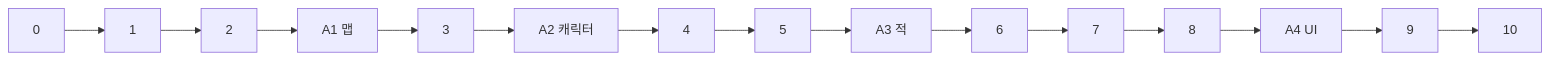
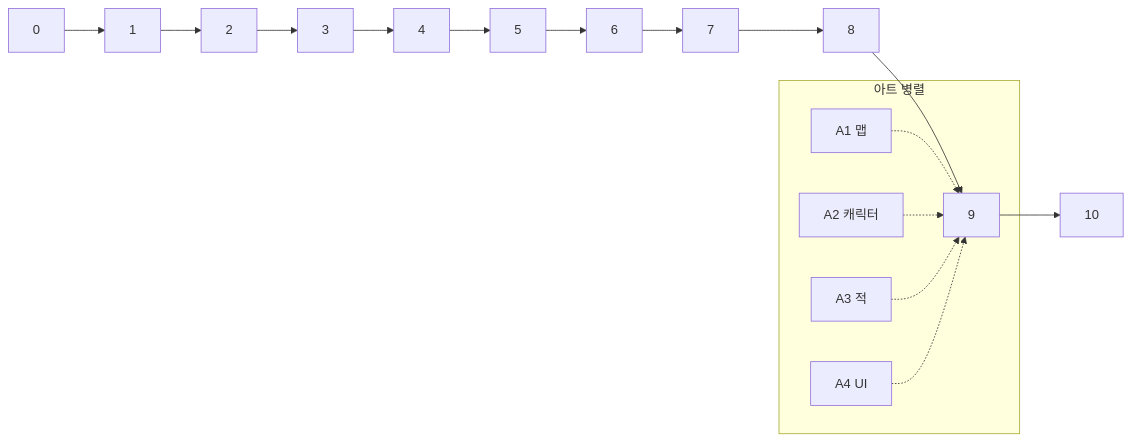
One commit to haepari1019/project_tdc_game changed the diagram in plan/phase-1a-slice01/WORK_ORDER.md. Above: the diagram before and after it, drawn with Mermaid. The commit also changed other lines of this file and 4 other files, not shown here.

````diff
--- a/plan/phase-1a-slice01/WORK_ORDER.md
+++ b/plan/phase-1a-slice01/WORK_ORDER.md
@@ -125,8 +156,12 @@
 ```mermaid
 flowchart LR
-  P0[0] --> P1[1] --> P2[2] --> A1[A1 맵]
-  A1 --> P3[3] --> A2[A2 캐릭터]
-  A2 --> P4[4] --> P5[5] --> A3[A3 적]
-  A3 --> P6[6] --> P7[7] --> P8[8] --> A4[A4 UI]
-  A4 --> P9[9] --> P10[10]
+  P0[0] --> P1[1] --> P2[2] --> P3[3] --> P4[4] --> P5[5]
+  P5 --> P6[6] --> P7[7] --> P8[8] --> P9[9] --> P10[10]
+
+  subgraph 아트 병렬
+    A1[A1 맵] -.-> P9
+    A2[A2 캐릭터] -.-> P9
+    A3[A3 적] -.-> P9
+    A4[A4 UI] -.-> P9
+  end
 ```
````
